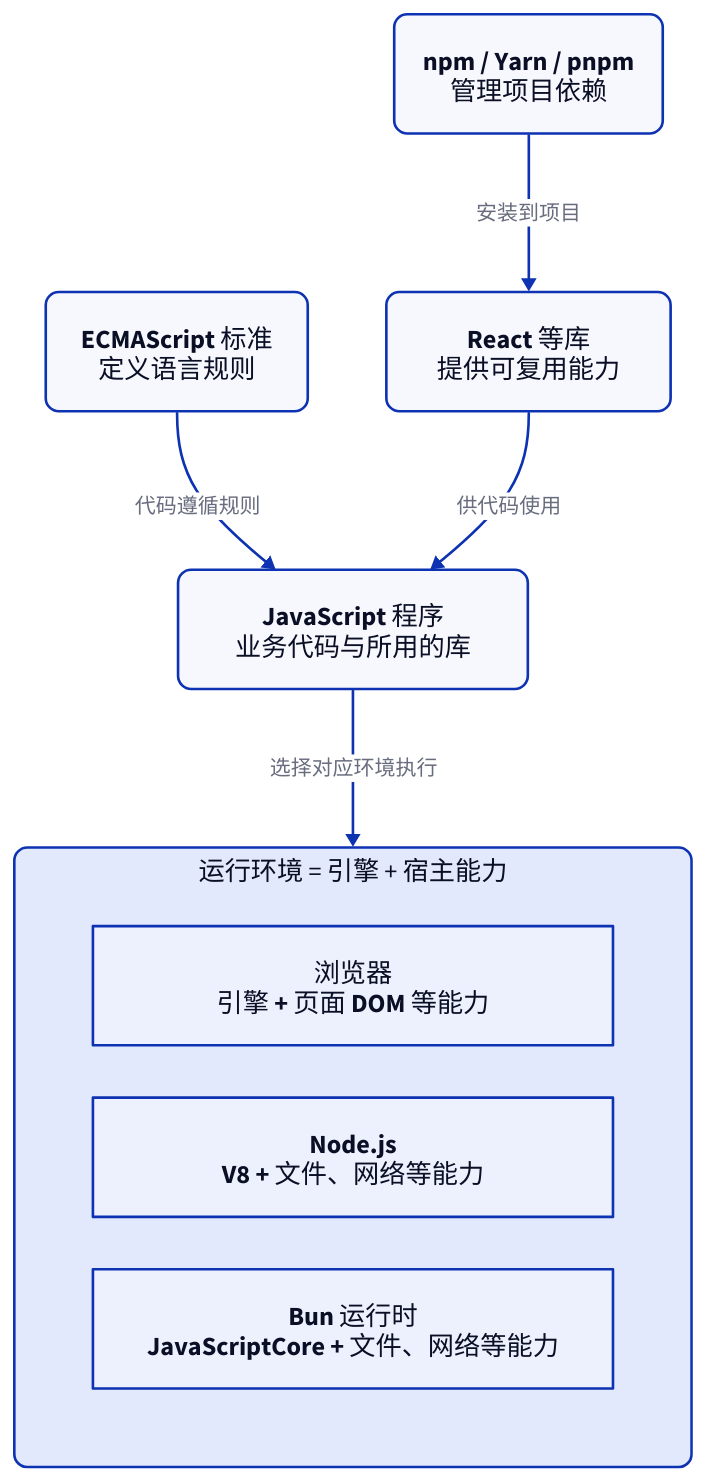
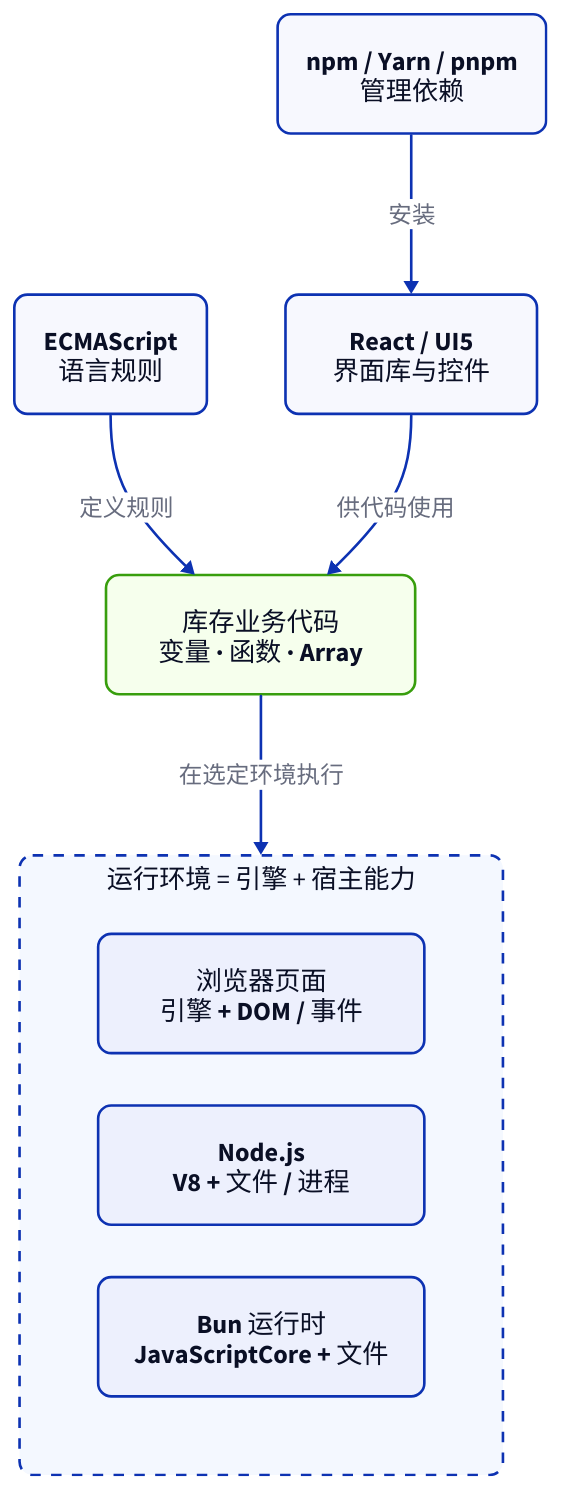
One commit to socoo123/js_web changed the diagram in diagrams/c01-ecosystem.d2. Above: the diagram before and after it, drawn with D2. The commit also changed 27 other files, not shown here.

```diff
--- a/diagrams/c01-ecosystem.d2
+++ b/diagrams/c01-ecosystem.d2
@@ -1,27 +1,29 @@
-# C01：箭头表示标注的关系，不表示执行时间顺序。
+# C01：箭头表示标注的职责关系，不表示执行顺序或依赖下载时序。
 direction: down
 
-*.style.font-size: 20
-*.style.border-radius: 10
+**.style.font-size: 20
+**.style.border-radius: 10
+(** -> **)[*].style.font-size: 18
 
-standard: ECMAScript 标准\n定义语言规则
-code: JavaScript 程序\n业务代码与所用的库
+rules: ECMAScript\n语言规则
+code: 库存业务代码\n变量 · 函数 · Array {
+  style.fill: "#f6ffed"
+  style.stroke: "#389e0d"
+}
+rules -> code: 定义规则
 
-standard -> code: 代码遵循规则
-
-packages: npm / Yarn / pnpm\n管理项目依赖
-library: React 等库\n提供可复用能力
-packages -> library: 安装到项目
-library -> code: 供代码使用
+libraries: React / UI5\n界面库与控件
+packages: npm / Yarn / pnpm\n管理依赖
+packages -> libraries: 安装
+libraries -> code: 供代码使用
 
 hosts: 运行环境 = 引擎 + 宿主能力 {
   grid-columns: 1
-  browser: 浏览器\n引擎 + 页面 DOM 等能力
-  node: Node.js\nV8 + 文件、网络等能力
-  bun: Bun 运行时\nJavaScriptCore + 文件、网络等能力
-  browser.style.font-size: 20
-  node.style.font-size: 20
-  bun.style.font-size: 20
+  style.fill: "#f4f8ff"
+  style.stroke-dash: 4
+  browser: 浏览器页面\n引擎 + DOM / 事件
+  node: Node.js\nV8 + 文件 / 进程
+  bun: Bun 运行时\nJavaScriptCore + 文件
 }
 
-code -> hosts: 选择对应环境执行
+code -> hosts: 在选定环境执行
```
